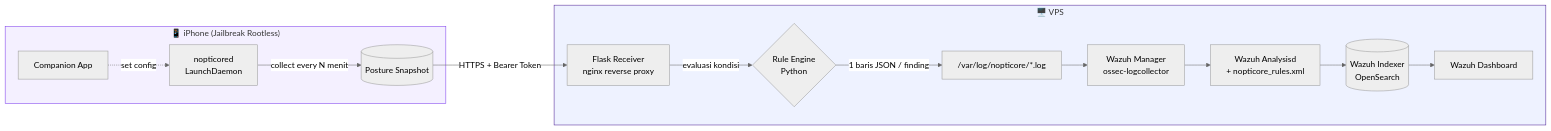
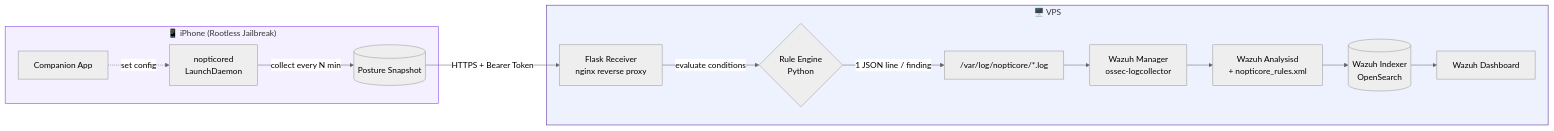
One commit to inog9/nopticore changed the diagram in README.md. Above: the diagram before and after it, drawn with Mermaid (neutral theme). The commit also changed other lines of this file and 4 other files, not shown here.

````diff
--- a/README.md
+++ b/README.md
@@ -31,21 +31,21 @@
 ```mermaid
 flowchart LR
-    subgraph Device["📱 iPhone (Jailbreak Rootless)"]
-        A[nopticored\nLaunchDaemon] -->|collect every N menit| B[(Posture Snapshot)]
+    subgraph Device["📱 iPhone (Rootless Jailbreak)"]
+        A[nopticored\nLaunchDaemon] -->|collect every N min| B[(Posture Snapshot)]
         C[Companion App] -.->|set config| A
     end
 
     B -->|HTTPS + Bearer Token| D[Flask Receiver\nnginx reverse proxy]
 
     subgraph VPS["🖥️ VPS"]
-        D -->|evaluasi kondisi| E{Rule Engine\nPython}
-        E -->|1 baris JSON / finding| F["/var/log/nopticore/*.log"]
+        D -->|evaluate conditions| E{Rule Engine\nPython}
+        E -->|1 JSON line / finding| F["/var/log/nopticore/*.log"]
         F --> G[Wazuh Manager\nossec-logcollector]
         G --> H[Wazuh Analysisd\n+ nopticore_rules.xml]
         H --> I[(Wazuh Indexer\nOpenSearch)]
         I --> J[Wazuh Dashboard]
     end
 
     style Device fill:#f4f0ff,stroke:#7C3AED
     style VPS fill:#eef2ff,stroke:#4C1D95
 ```
````
